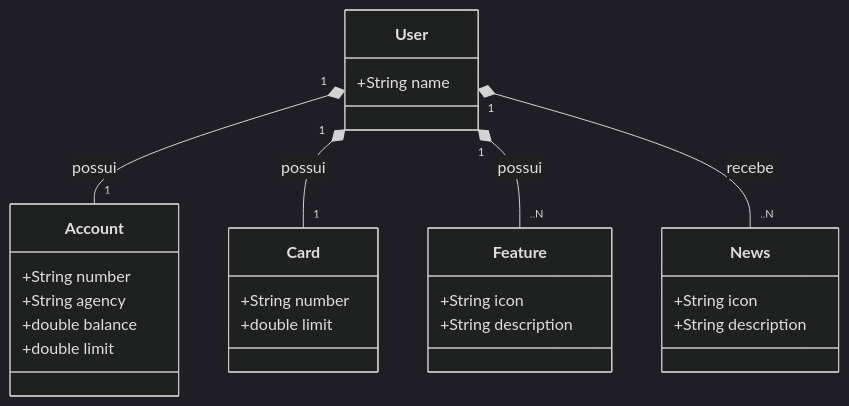
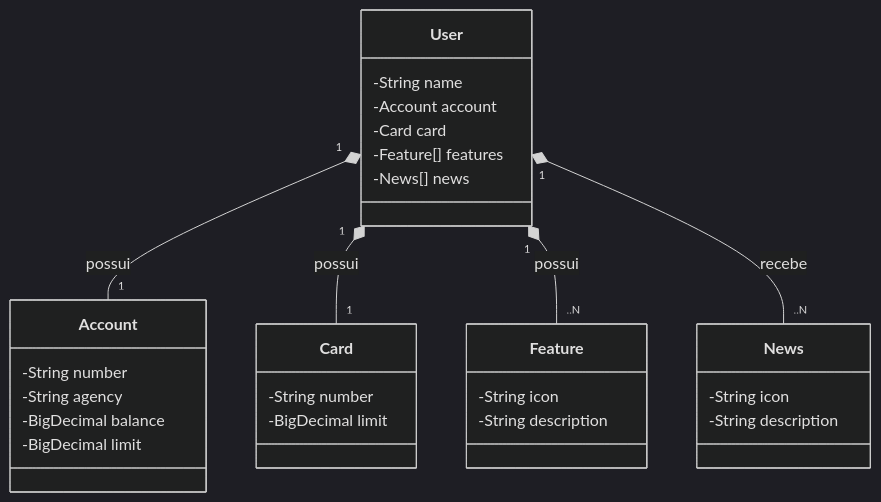
One commit to ju-c-lopes/santander-bootcamp-dio changed the diagram in README.md. Above: the diagram before and after it, drawn with Mermaid (dark theme). The commit also changed 15 other files, not shown here.

````diff
--- a/README.md
+++ b/README.md
@@ -6,33 +6,37 @@
 ```mermaid
 classDiagram
     class User {
-        +String name
+        -String name
+        -Account account
+        -Card card
+        -Feature[] features
+        -News[] news
     }
 
     class Account {
-        +String number
-        +String agency
-        +double balance
-        +double limit
+        -String number
+        -String agency
+        -BigDecimal balance
+        -BigDecimal limit
     }
 
     class Card {
-        +String number
-        +double limit
+        -String number
+        -BigDecimal limit
     }
 
     class Feature {
-        +String icon
-        +String description
+        -String icon
+        -String description
     }
 
     class News {
-        +String icon
-        +String description
+        -String icon
+        -String description
     }
 
     User "1" *-- "1" Account : possui
     User "1" *-- "1" Card : possui
     User "1" *-- "..N" Feature : possui
     User "1" *-- "..N" News : recebe
 ```
````
